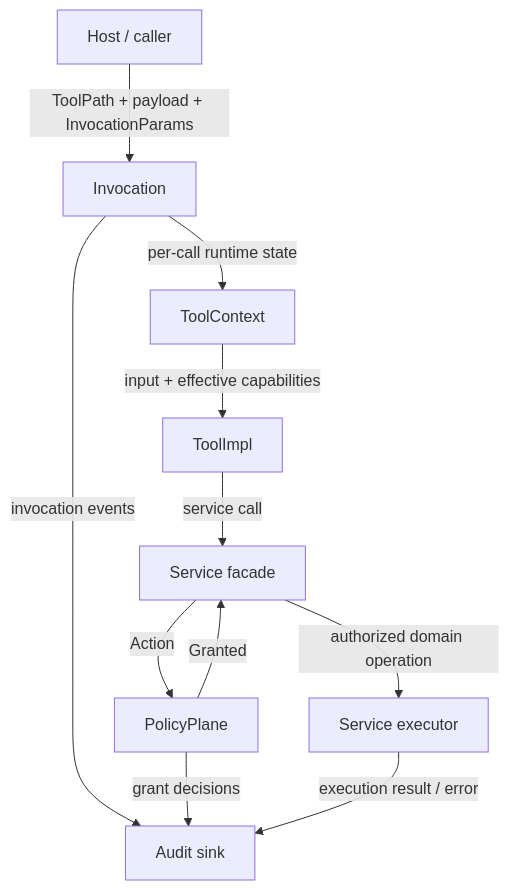
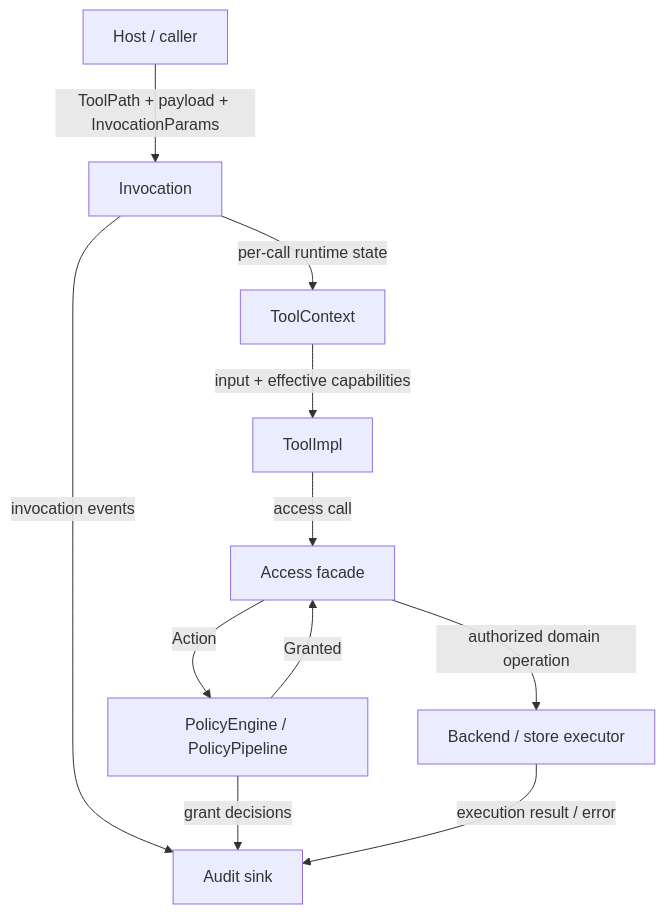
The diagram in README.md (InuDial/agent-mvp), drawn with Mermaid before and after one commit. The commit also changed other lines of this file and 48 other files, not shown here.

````diff
--- a/README.md
+++ b/README.md
@@ -73,13 +74,13 @@
 ```mermaid
 flowchart TD
     Host[Host / caller] -->|ToolPath + payload + InvocationParams| Invocation[Invocation]
     Invocation -->|per-call runtime state| Context[ToolContext]
     Context -->|input + effective capabilities| Tool[ToolImpl]
-    Tool -->|service call| Service[Service facade]
-    Service -->|Action| Policy[PolicyPlane]
-    Policy -->|Granted<Action>| Service
-    Service -->|authorized domain operation| Executor[Service executor]
+    Tool -->|access call| Access[Access facade]
+    Access -->|Action| Policy[PolicyEngine / PolicyPipeline]
+    Policy -->|Granted<Action>| Access
+    Access -->|authorized domain operation| Executor[Backend / store executor]
     Invocation -->|invocation events| Audit[Audit sink]
     Policy -->|grant decisions| Audit
     Executor -->|execution result / error| Audit
 ```
````
